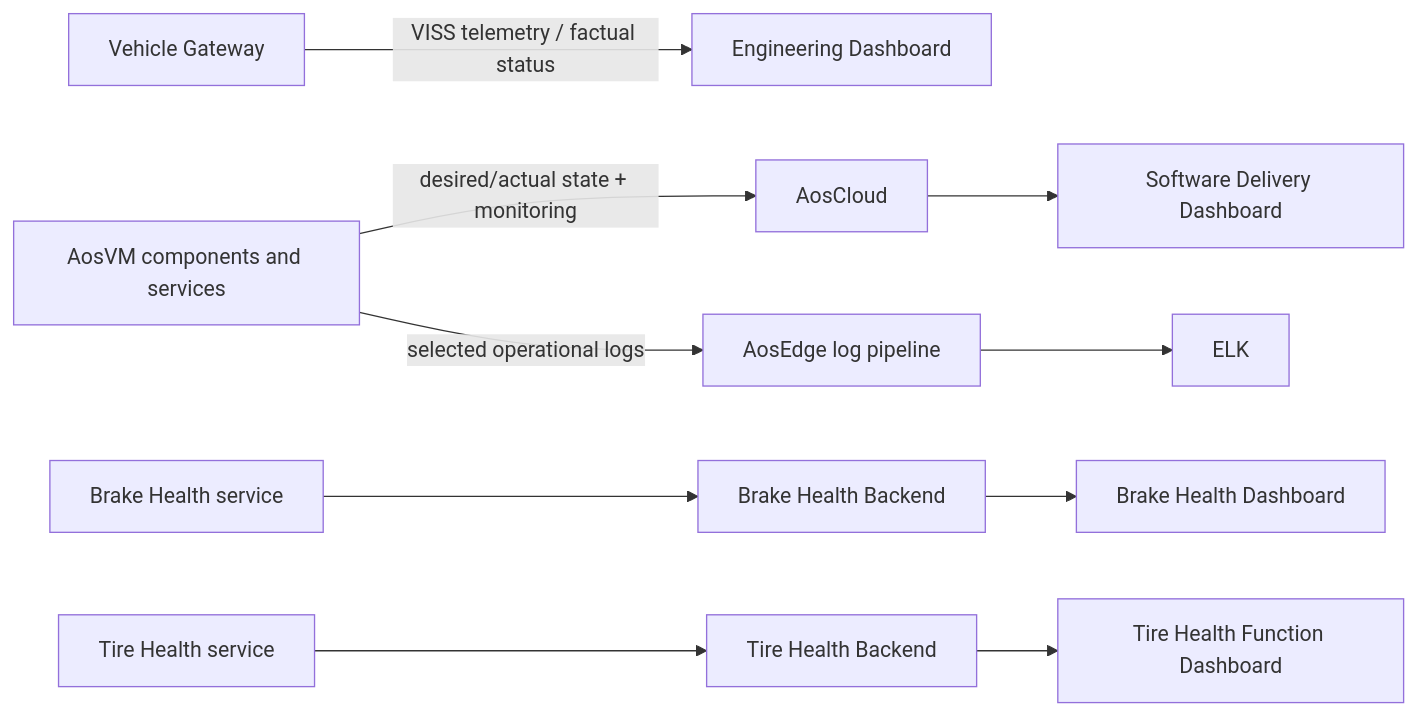
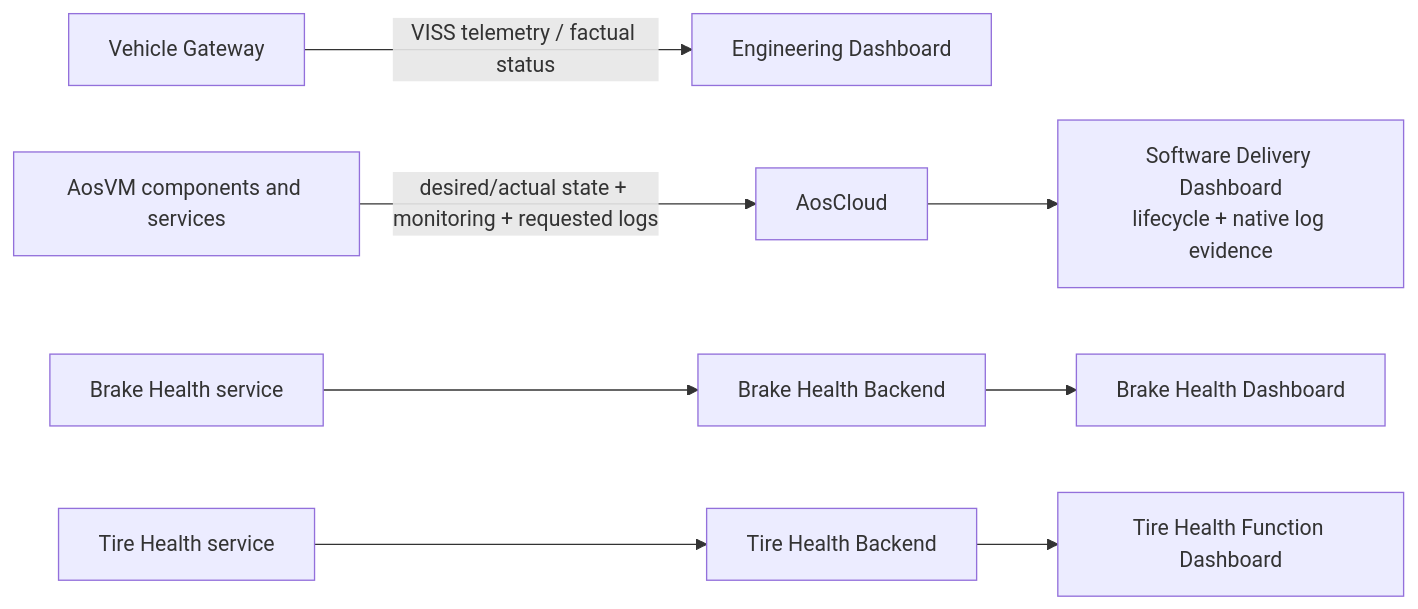
Before and after one commit to alexmaninblack/aosedge-sdv-demo: diagram 17 of 18 in docs/architecture/demo-scenario-architecture-flows.md, drawn with Mermaid. The commit also changed other lines of this file and 32 other files, not shown here.

````diff
--- a/docs/architecture/demo-scenario-architecture-flows.md
+++ b/docs/architecture/demo-scenario-architecture-flows.md
@@ -885,9 +932,8 @@
 ```mermaid
 flowchart LR
     GW["Vehicle Gateway"] -->|"VISS telemetry / factual status"| ENG["Engineering Dashboard"]
-    UNIT["AosVM components and services"] -->|"desired/actual state + monitoring"| AC["AosCloud"]
-    AC --> SW["Software Delivery Dashboard"]
-    UNIT -->|"selected operational logs"| LP["AosEdge log pipeline"] --> ELK["ELK"]
+    UNIT["AosVM components and services"] -->|"desired/actual state + monitoring + requested logs"| AC["AosCloud"]
+    AC --> SW["Software Delivery Dashboard<br/>lifecycle + native log evidence"]
     BHS["Brake Health service"] --> BB["Brake Health Backend"] --> BD["Brake Health Dashboard"]
     TIRE["Tire Health service"] --> TB["Tire Health Backend"] --> TD["Tire Health Function Dashboard"]
 ```
````
